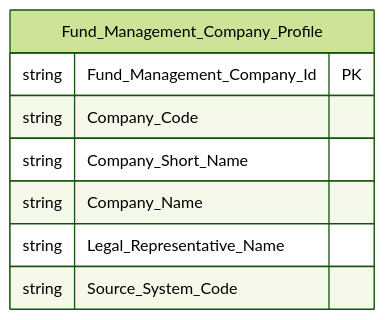
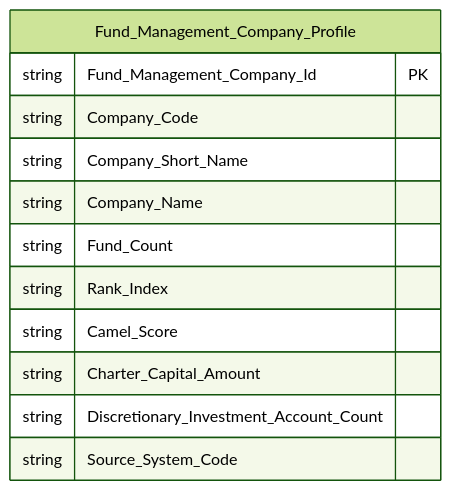
Before and after one commit to linhlvit/ubck_atomic_design: diagram 16 of 41 in Datamart/hld/DTM_QLQ_HLD.md, drawn with Mermaid (forest theme). The commit also changed other lines of this file and 28 other files, not shown here.

Commit message:
feat(qlq): add LLD detail mapping, 23 entity table schemas, update HLD, sync datamart model and attributes

````diff
--- a/Datamart/hld/DTM_QLQ_HLD.md
+++ b/Datamart/hld/DTM_QLQ_HLD.md
@@ -484,11 +655,15 @@
 ```mermaid
 erDiagram
     Fund_Management_Company_Profile {
         string Fund_Management_Company_Id PK
         string Company_Code
         string Company_Short_Name
         string Company_Name
-        string Legal_Representative_Name
+        string Fund_Count
+        string Rank_Index
+        string Camel_Score
+        string Charter_Capital_Amount
+        string Discretionary_Investment_Account_Count
         string Source_System_Code
     }
 ```
````
